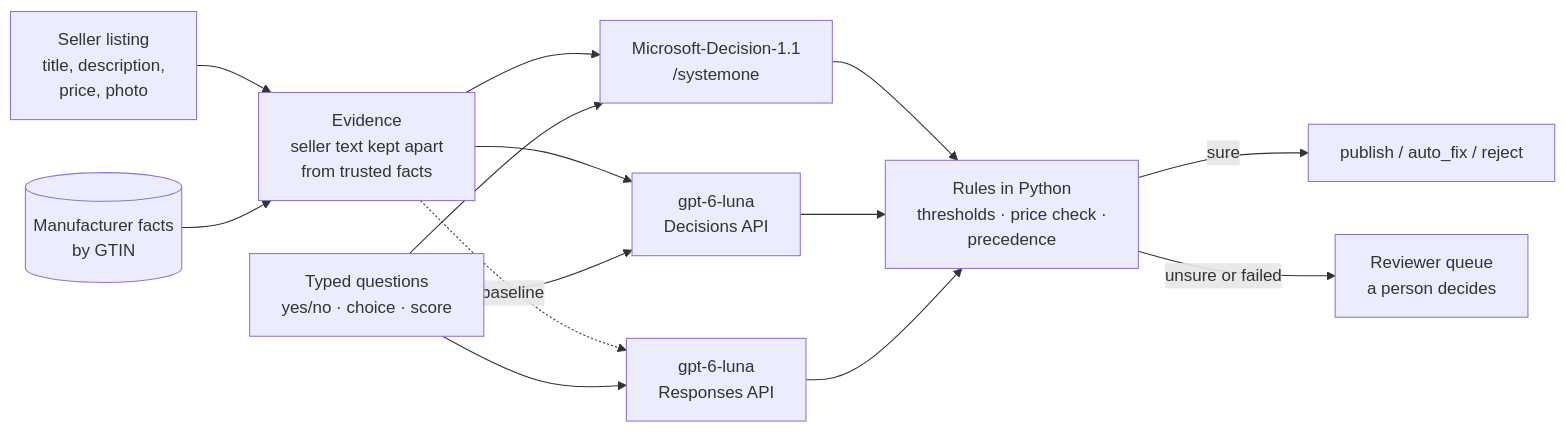
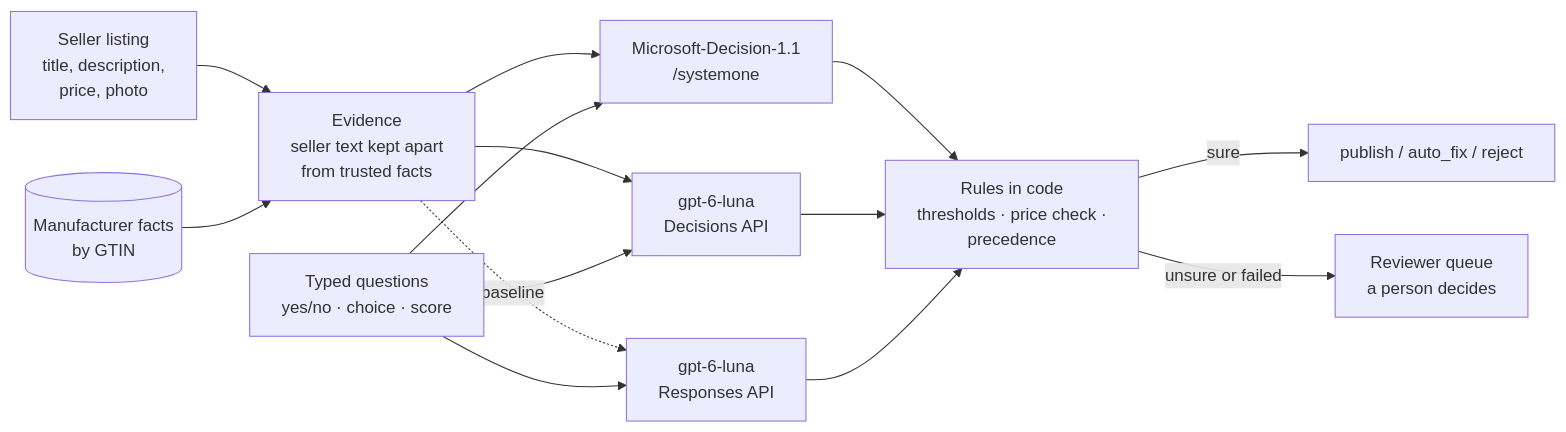
One commit to Digvijay/MicroHack changed the diagram in 03-Azure/01-04-AI/14_Decision_Models_Retail_Marketplace/README.md. Above: the diagram before and after it, drawn with Mermaid. The commit also changed other lines of this file and 36 other files, not shown here.

````diff
--- a/03-Azure/01-04-AI/14_Decision_Models_Retail_Marketplace/README.md
+++ b/03-Azure/01-04-AI/14_Decision_Models_Retail_Marketplace/README.md
@@ -124,12 +145,12 @@
 ```mermaid
 flowchart LR
     L[Seller listing<br/>title, description,<br/>price, photo] --> E[Evidence<br/>seller text kept apart<br/>from trusted facts]
     F[(Manufacturer facts<br/>by GTIN)] --> E
     E --> D1[Microsoft-Decision-1.1<br/>/systemone]
     E --> D2[gpt-6-luna<br/>Decisions API]
     E -.baseline.-> G[gpt-6-luna<br/>Responses API]
     Q[Typed questions<br/>yes/no · choice · score] --> D1 & D2 & G
-    D1 & D2 & G --> R[Rules in Python<br/>thresholds · price check ·<br/>precedence]
+    D1 & D2 & G --> R[Rules in code<br/>thresholds · price check ·<br/>precedence]
     R -->|sure| A[publish / auto_fix / reject]
     R -->|unsure or failed| H[Reviewer queue<br/>a person decides]
 ```
````
